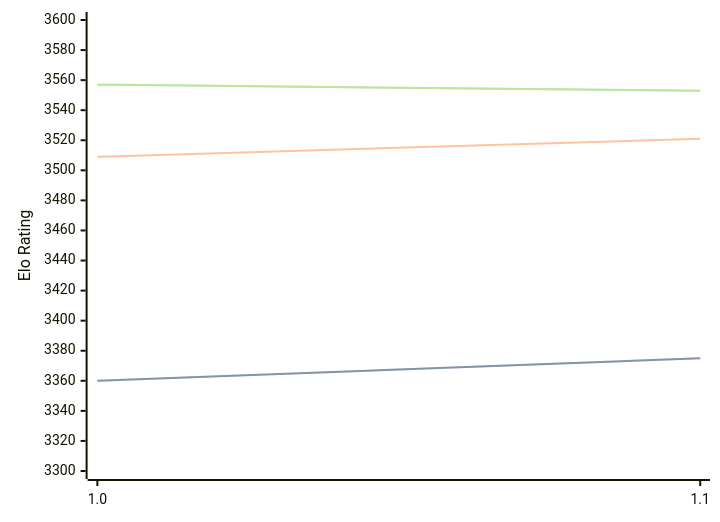
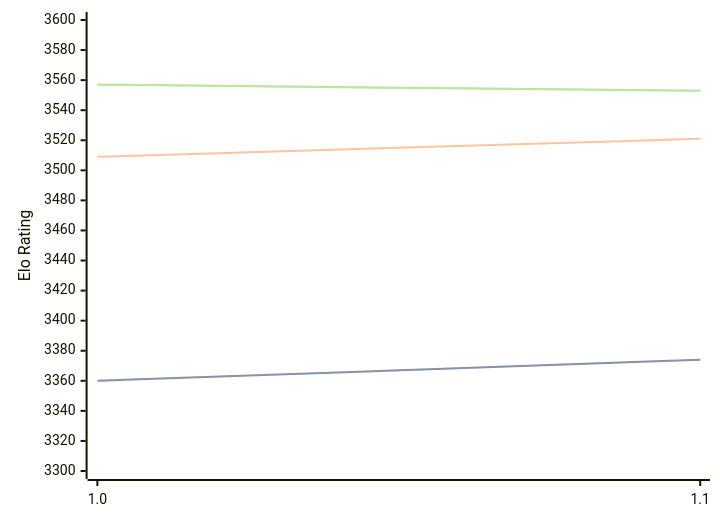
The diagram in engines/Horsie.md (computer-chess-index/cci), drawn with Mermaid before and after one commit. The commit also changed other lines of this file, not shown here.

Commit message:
Update CCI Ratings (ELO VLTC) - 2026-04-04

````diff
--- a/engines/Horsie.md
+++ b/engines/Horsie.md
@@ -32,11 +32,11 @@
 ```mermaid
 %%{init: {"theme":"base","themeVariables":{"seriesColors:['#a3a3a3','#222221','#faa371']}}}%%
 xychart-beta
   x-axis ["1.0", "1.1"]
   y-axis "Elo Rating" 3300 --> 3600
-  line "STC (8.0+0.08s)" [3360, 3375]
-  line "STC (8.0+0.08s)" [3360, 3375]
+  line "STC (8.0+0.08s)" [3360, 3374]
+  line "STC (8.0+0.08s)" [3360, 3374]
   line "LTC (60.0+0.60s)" [3509, 3521]
   line "VLTC (2m24s+1.12s)" [3557, 3553]
   line "VLTC (2m24s+1.12s)" [3557, 3553]
 ```
````
